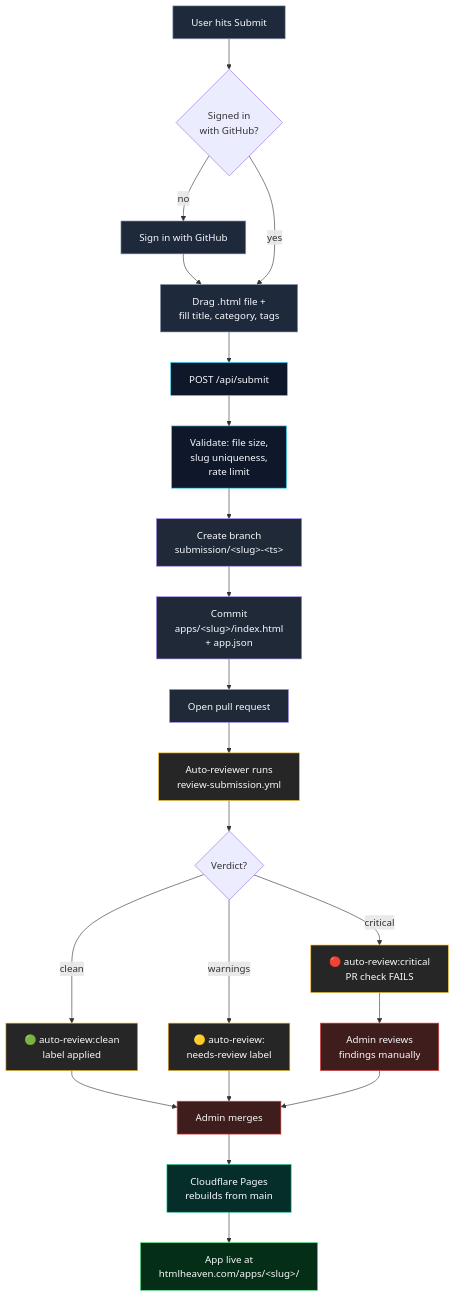
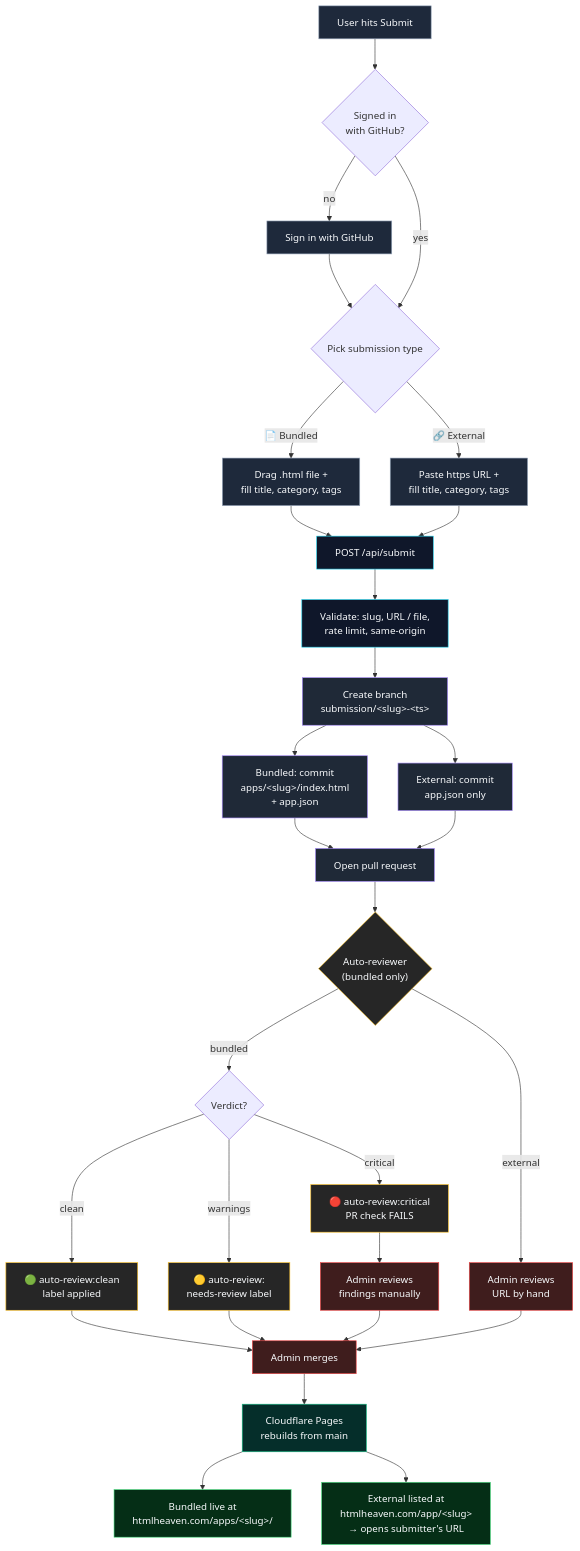
One commit to GergelyKrista/html-heaven changed the first of 2 diagrams in README.md. Above: the diagram before and after it, drawn with Mermaid. The commit also changed other lines of this file and 15 other files, not shown here.

First line of the commit message:
Reddit-feedback cleanup: LICENSE, reframed copy, external-hosted apps (#34)

````diff
--- a/README.md
+++ b/README.md
@@ -76,31 +63,39 @@
 ```mermaid
 flowchart TD
     A[User hits Submit]:::user --> B{Signed in<br>with GitHub?}
     B -- no --> C[Sign in with GitHub]:::user
-    C --> D[Drag .html file +<br>fill title, category, tags]:::user
-    B -- yes --> D
-    D --> E[POST /api/submit]:::app
-    E --> F[Validate: file size,<br>slug uniqueness,<br>rate limit]:::app
+    C --> T{Pick submission type}
+    B -- yes --> T
+    T -- "📄 Bundled" --> D1[Drag .html file +<br>fill title, category, tags]:::user
+    T -- "🔗 External" --> D2[Paste https URL +<br>fill title, category, tags]:::user
+    D1 --> E[POST /api/submit]:::app
+    D2 --> E
+    E --> F[Validate: slug, URL / file,<br>rate limit, same-origin]:::app
     F --> G[Create branch<br>submission/&lt;slug&gt;-&lt;ts&gt;]:::gh
-    G --> H[Commit<br>apps/&lt;slug&gt;/index.html<br>+ app.json]:::gh
-    H --> I[Open pull request]:::gh
-    I --> J[Auto-reviewer runs<br>review-submission.yml]:::ci
-    J --> K{Verdict?}
+    G --> H1[Bundled: commit<br>apps/&lt;slug&gt;/index.html<br>+ app.json]:::gh
+    G --> H2[External: commit<br>app.json only]:::gh
+    H1 --> I[Open pull request]:::gh
+    H2 --> I
+    I --> J{"Auto-reviewer<br>(bundled only)"}:::ci
+    J -- "bundled" --> K{Verdict?}
+    J -- "external" --> P2[Admin reviews<br>URL by hand]:::admin
     K -- clean --> L["🟢 auto-review:clean<br>label applied"]:::ci
     K -- warnings --> M["🟡 auto-review:<br>needs-review label"]:::ci
     K -- critical --> N["🔴 auto-review:critical<br>PR check FAILS"]:::ci
     L --> O[Admin merges]:::admin
     M --> O
-    N --> P[Admin reviews<br>findings manually]:::admin
-    P --> O
+    N --> P1[Admin reviews<br>findings manually]:::admin
+    P1 --> O
+    P2 --> O
     O --> Q[Cloudflare Pages<br>rebuilds from main]:::deploy
-    Q --> R[App live at<br>htmlheaven.com/apps/&lt;slug&gt;/]:::done
+    Q --> R1[Bundled live at<br>htmlheaven.com/apps/&lt;slug&gt;/]:::done
+    Q --> R2[External listed at<br>htmlheaven.com/app/&lt;slug&gt;<br>→ opens submitter's URL]:::done
 
     classDef user fill:#1e293b,stroke:#94a3b8,color:#f8fafc
     classDef app fill:#0f172a,stroke:#22d3ee,color:#f8fafc
     classDef gh fill:#1f2937,stroke:#a78bfa,color:#f8fafc
     classDef ci fill:#262626,stroke:#fbbf24,color:#f8fafc
     classDef admin fill:#3f1d1d,stroke:#ef4444,color:#f8fafc
     classDef deploy fill:#052e2a,stroke:#10b981,color:#f8fafc
     classDef done fill:#052e16,stroke:#4ade80,color:#f8fafc
 ```
````
